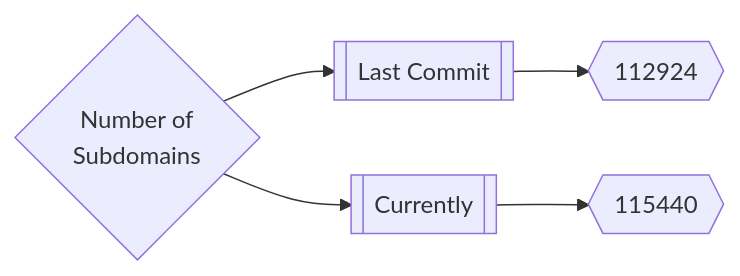
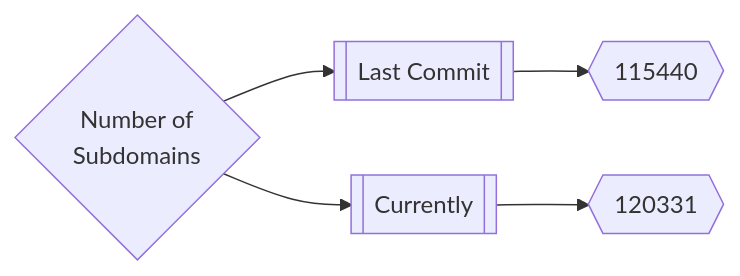
The first of 3 diagrams in README.md (trickest/inventory), drawn with Mermaid before and after one commit. The commit also changed other lines of this file and 77 other files, not shown here.

````diff
--- a/README.md
+++ b/README.md
@@ -165,5 +165,5 @@
 ```mermaid
 graph LR
-title{Number of<br>Subdomains} --> subdomainsDate1[[Last Commit]] --> subdomainsNum1{{112924}}
-title --> subdomainsDate2[[Currently]] --> subdomainsNum2{{115440}}
+title{Number of<br>Subdomains} --> subdomainsDate1[[Last Commit]] --> subdomainsNum1{{115440}}
+title --> subdomainsDate2[[Currently]] --> subdomainsNum2{{120331}}
 ```
````
